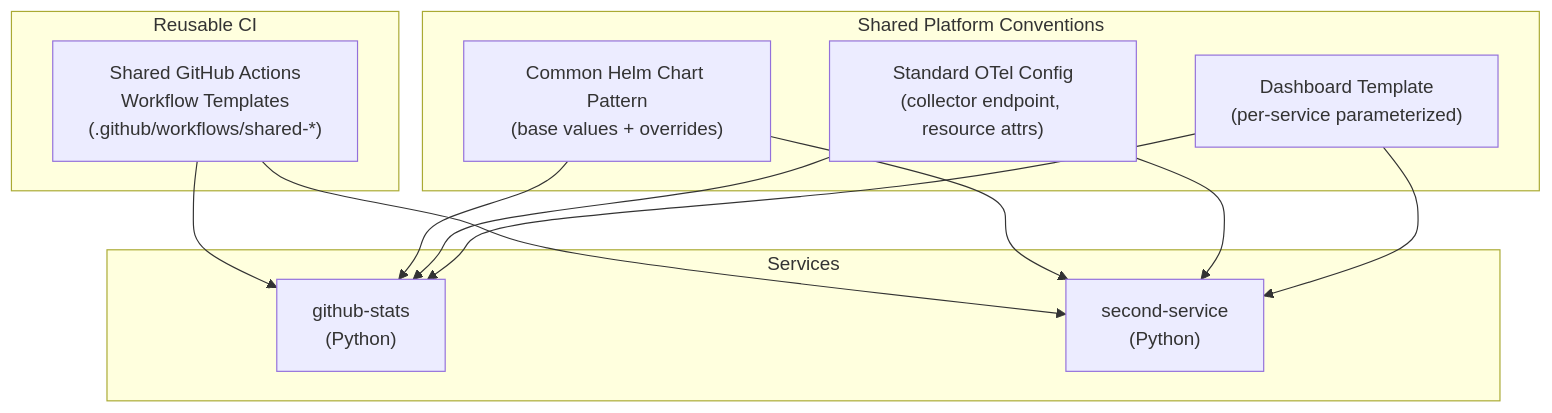
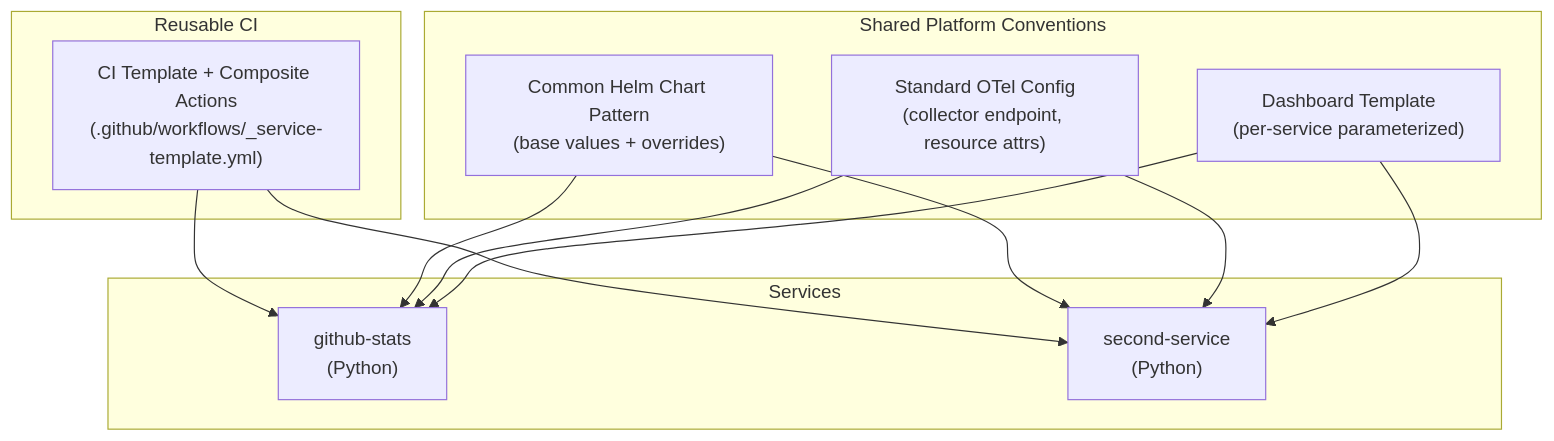
The diagram in docs/architecture/phase-2-golden-path.md (kakhavai/foundry), drawn with Mermaid before and after one commit.

Commit message:
docs: fix stale shared-*.yml reference in phase-2 diagram

````diff
--- a/docs/architecture/phase-2-golden-path.md
+++ b/docs/architecture/phase-2-golden-path.md
@@ -11,22 +11,22 @@
 ```mermaid
 graph TD
     subgraph "Reusable CI"
-        SharedWF["Shared GitHub Actions\nWorkflow Templates\n(.github/workflows/shared-*)"]
+        SharedWF["CI Template + Composite Actions\n(.github/workflows/_service-template.yml)"]
     end
 
     subgraph "Services"
         SvcA["github-stats\n(Python)"]
         SvcB["second-service\n(Python)"]
     end
 
     subgraph "Shared Platform Conventions"
         HelmLib["Common Helm Chart Pattern\n(base values + overrides)"]
         OTelStd["Standard OTel Config\n(collector endpoint, resource attrs)"]
         DashTpl["Dashboard Template\n(per-service parameterized)"]
     end
 
     SharedWF --> SvcA & SvcB
     HelmLib --> SvcA & SvcB
     OTelStd --> SvcA & SvcB
     DashTpl --> SvcA & SvcB
 ```
````
